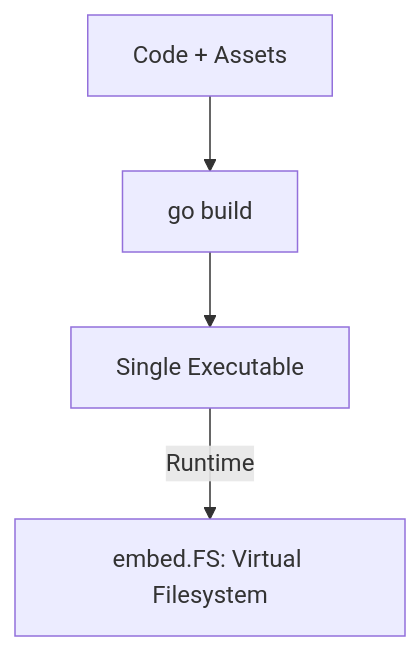
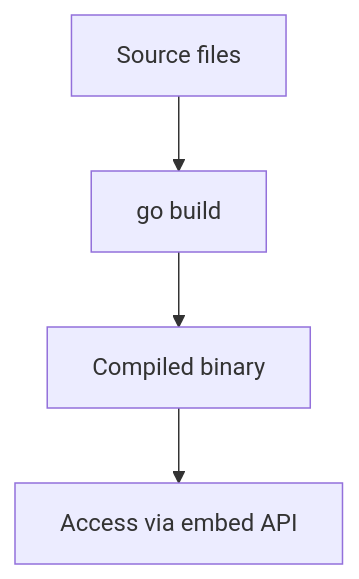
The diagram in RAK-05-standard-library/SR-02-io-filesystem/BK-02-file-management/CH-02_Embed/README.md (syahputrawork98-sketch/Golang-Knowledge-Base), drawn with Mermaid before and after one commit. The commit also changed other lines of this file and 44 other files, not shown here.

````diff
--- a/RAK-05-standard-library/SR-02-io-filesystem/BK-02-file-management/CH-02_Embed/README.md
+++ b/RAK-05-standard-library/SR-02-io-filesystem/BK-02-file-management/CH-02_Embed/README.md
@@ -23,6 +33,6 @@
 ```mermaid
 graph TD
-    Source[Code + Assets] --> Compile[go build]
-    Compile --> Binary[Single Executable]
-    Binary -->|Runtime| FS[embed.FS: Virtual Filesystem]
+    Assets[Source files] --> Build[go build]
+    Build --> Binary[Compiled binary]
+    Binary --> Read[Access via embed API]
 ```
````
